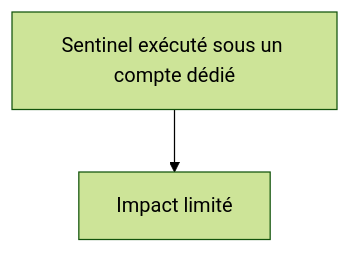
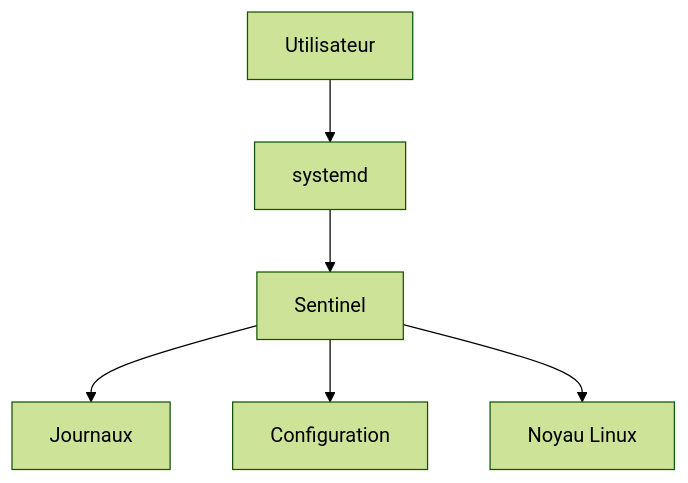
One commit to tdelaclos/formations changed diagram 14 of 16 in campagne 1/1.3.md. Above: the diagram before and after it, drawn with Mermaid (forest theme). The commit also changed other lines of this file, not shown here.

````diff
--- a/campagne 1/1.3.md
+++ b/campagne 1/1.3.md
@@ -764,7 +791,21 @@
 ```mermaid
 flowchart TD
 
-C["Sentinel exécuté sous un compte dédié"]
+A["Utilisateur"]
 
-C --> D["Impact limité"]
+B["systemd"]
+
+C["Sentinel"]
+
+D["Journaux"]
+
+E["Configuration"]
+
+F["Noyau Linux"]
+
+A --> B
+B --> C
+C --> D
+C --> E
+C --> F
 ```
````
